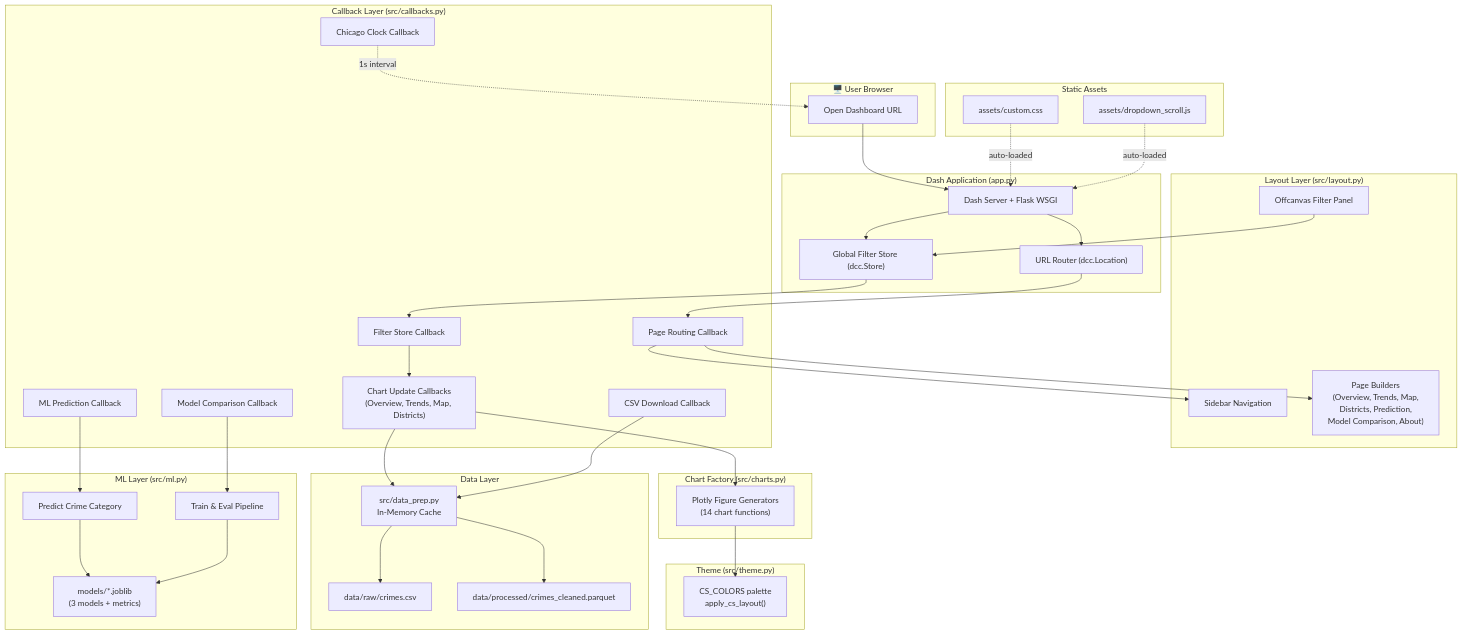
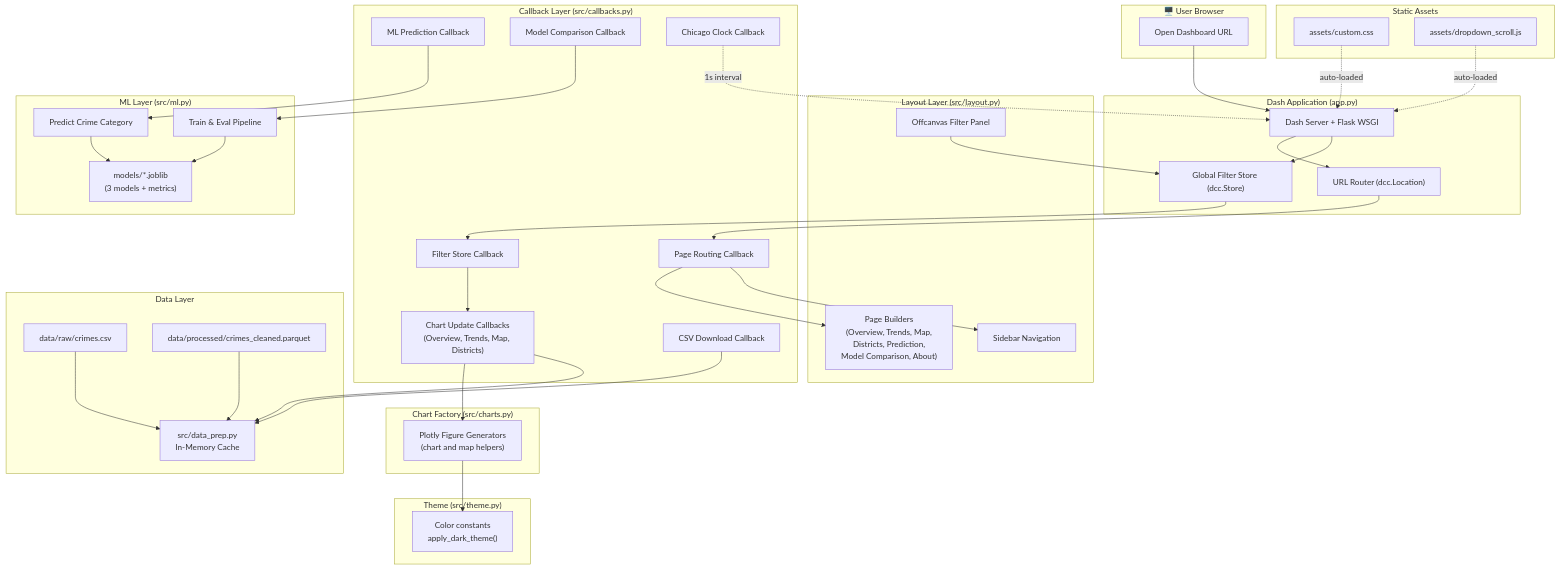
Before and after one commit to Joshi4git-hub/CrimeScope: the first of 3 diagrams in README.md, drawn with Mermaid. The commit also changed other lines of this file, not shown here.

````diff
--- a/README.md
+++ b/README.md
@@ -172,76 +174,76 @@
 ```mermaid
 flowchart TD
     subgraph User["🖥️ User Browser"]
         A["Open Dashboard URL"]
     end
 
     subgraph Dash["Dash Application (app.py)"]
         B["Dash Server + Flask WSGI"]
         C["URL Router (dcc.Location)"]
         D["Global Filter Store (dcc.Store)"]
     end
 
     subgraph Layout["Layout Layer (src/layout.py)"]
         E["Sidebar Navigation"]
         F["Page Builders<br/>(Overview, Trends, Map,<br/>Districts, Prediction,<br/>Model Comparison, About)"]
         G["Offcanvas Filter Panel"]
     end
 
     subgraph Callbacks["Callback Layer (src/callbacks.py)"]
         H["Page Routing Callback"]
         I["Filter Store Callback"]
         J["Chart Update Callbacks<br/>(Overview, Trends, Map, Districts)"]
         K["ML Prediction Callback"]
         L["Model Comparison Callback"]
         M["CSV Download Callback"]
         N["Chicago Clock Callback"]
     end
 
     subgraph Charts["Chart Factory (src/charts.py)"]
-        O["Plotly Figure Generators<br/>(14 chart functions)"]
+        O["Plotly Figure Generators<br/>(chart and map helpers)"]
     end
 
     subgraph Theme["Theme (src/theme.py)"]
-        P["CS_COLORS palette<br/>apply_cs_layout()"]
+        P["Color constants<br/>apply_dark_theme()"]
     end
 
     subgraph DataLayer["Data Layer"]
         Q["src/data_prep.py<br/>In-Memory Cache"]
         R["data/raw/crimes.csv"]
         S["data/processed/crimes_cleaned.parquet"]
     end
 
     subgraph MLLayer["ML Layer (src/ml.py)"]
         T["Train & Eval Pipeline"]
         U["Predict Crime Category"]
         V["models/*.joblib<br/>(3 models + metrics)"]
     end
 
     subgraph Assets["Static Assets"]
         W["assets/custom.css"]
         X["assets/dropdown_scroll.js"]
     end
 
     A --> B
     B --> C
     C --> H
     H --> F
     H --> E
     B --> D
     D --> I
     I --> J
     J --> O
     O --> P
     J --> Q
     K --> U
     U --> V
     L --> T
     T --> V
-    Q --> R
-    Q --> S
+    R --> Q
+    S --> Q
     M --> Q
-    N -.->|"1s interval"| A
+    N -.->|"1s interval"| B
     W -.->|"auto-loaded"| B
     X -.->|"auto-loaded"| B
     G --> D
 ```
````
